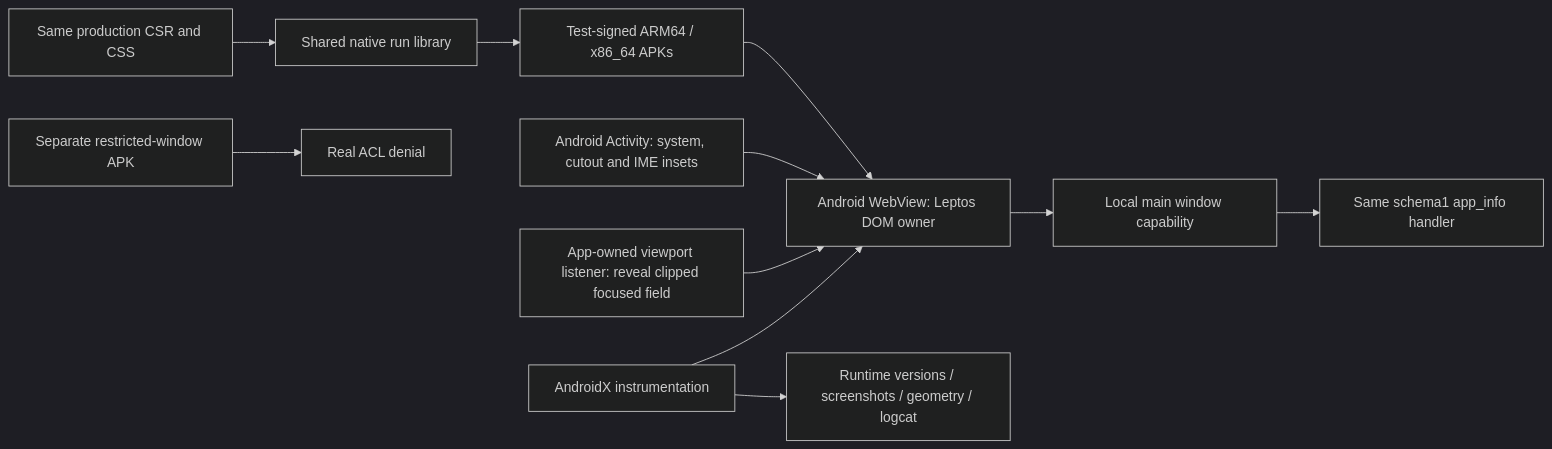
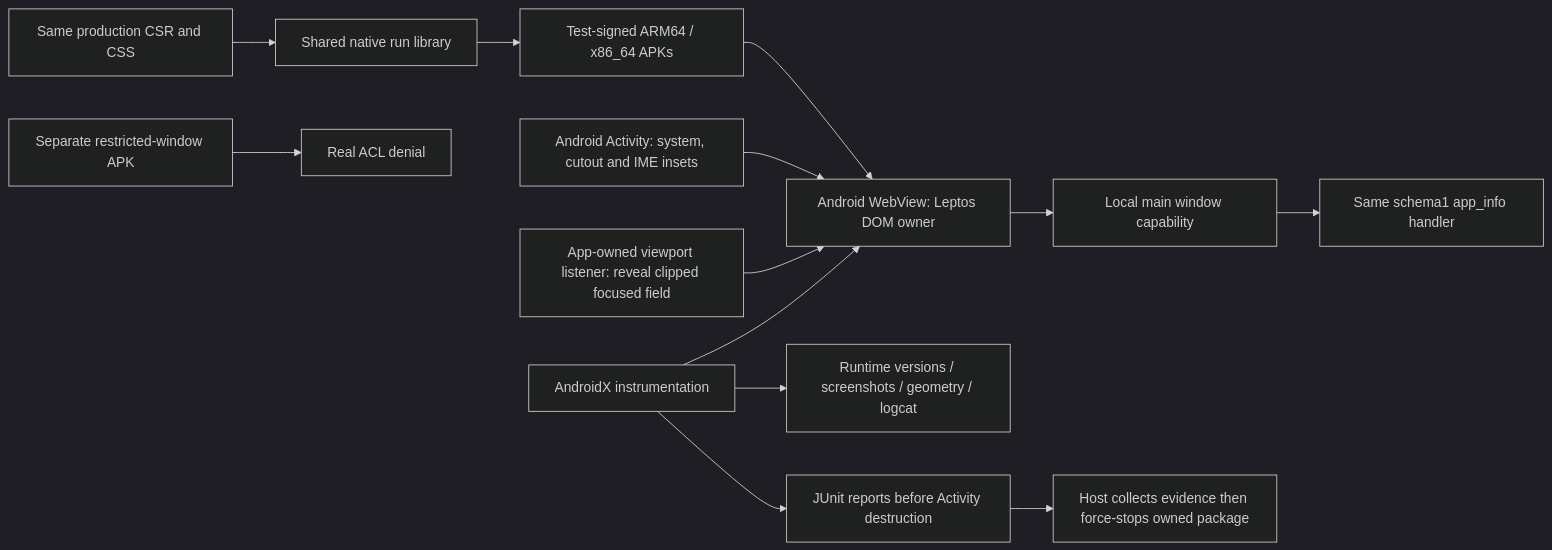
One commit to kmosoti/rust-ui-template changed the eighth of 8 diagrams in docs/architecture.md. Above: the diagram before and after it, drawn with Mermaid (dark theme). The commit also changed 5 other files, not shown here.

First line of the commit message:
fix(test): report Android results before Tauri activity teardown

````diff
--- a/docs/architecture.md
+++ b/docs/architecture.md
@@ -233,13 +233,15 @@
 ```mermaid
 flowchart LR
   Assets[Same production CSR and CSS] --> Library[Shared native run library]
   Library --> APK[Test-signed ARM64 / x86_64 APKs]
   APK --> WebView[Android WebView: Leptos DOM owner]
   WebView --> ACL[Local main window capability]
   ACL --> Info[Same schema1 app_info handler]
   Host[Android Activity: system, cutout and IME insets] --> WebView
   Focus[App-owned viewport listener: reveal clipped focused field] --> WebView
   Test[AndroidX instrumentation] --> WebView
   Restricted[Separate restricted-window APK] --> Denied[Real ACL denial]
   Test --> Evidence[Runtime versions / screenshots / geometry / logcat]
+  Test --> Report[JUnit reports before Activity destruction]
+  Report --> Cleanup[Host collects evidence then force-stops owned package]
 ```
````
